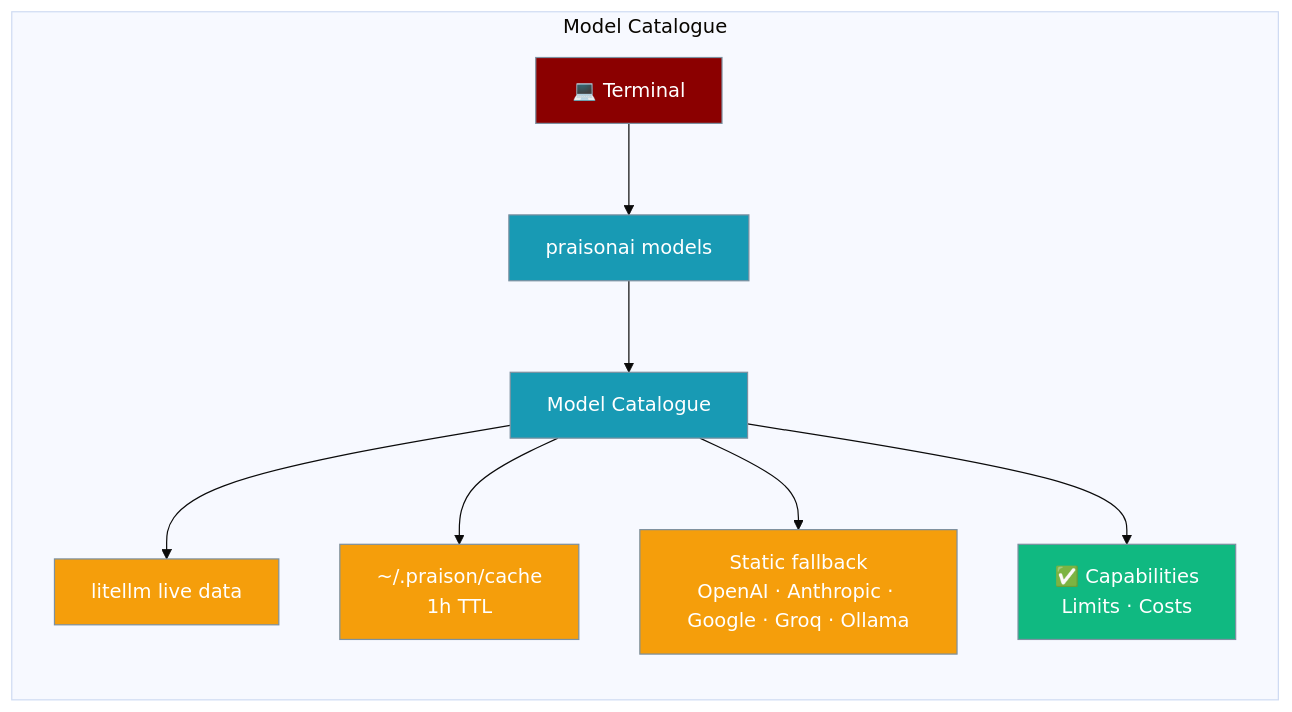
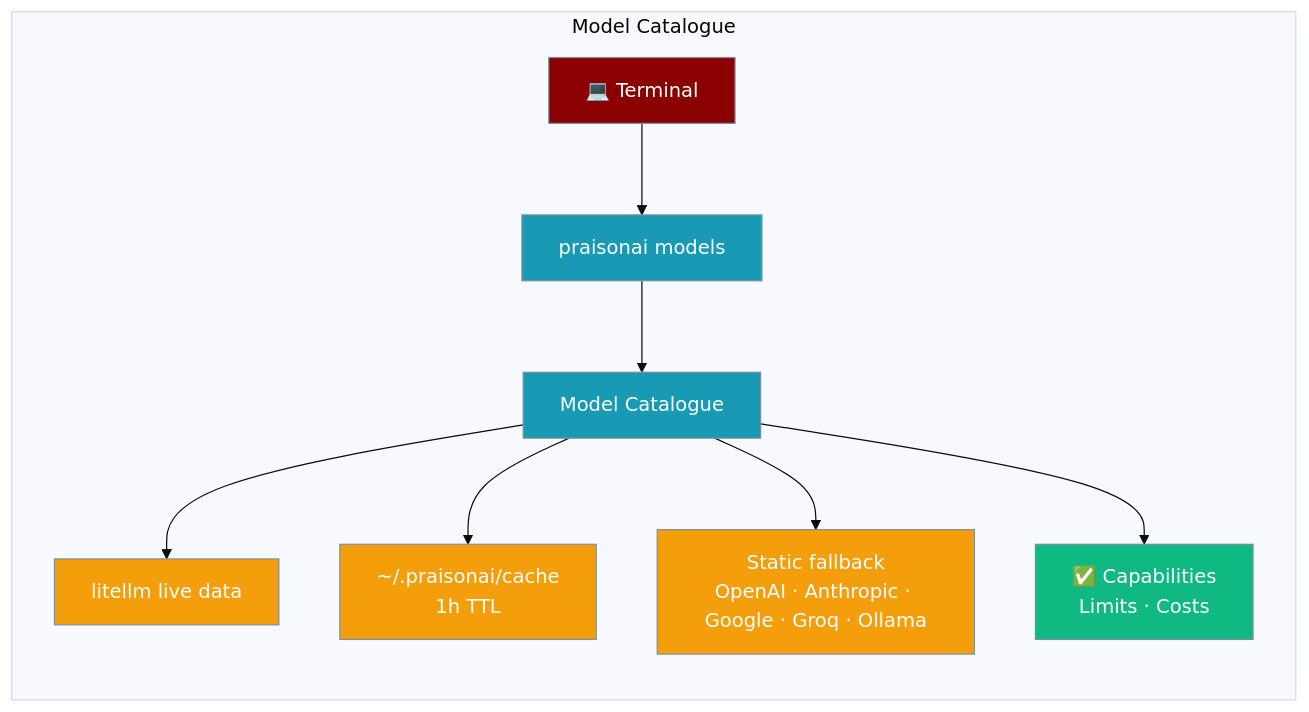
One commit to MervinPraison/PraisonAIDocs changed the first of 3 diagrams in docs/features/models-cli.mdx. Above: the diagram before and after it, drawn with Mermaid (base theme). The commit also changed other lines of this file and 11 other files, not shown here.

````diff
--- a/docs/features/models-cli.mdx
+++ b/docs/features/models-cli.mdx
@@ -19,21 +19,21 @@
 ```mermaid
 graph LR
     subgraph "Model Catalogue"
         Terminal[💻 Terminal] --> CLI[praisonai models]
         CLI --> Cat[Model Catalogue]
         Cat --> LiteLLM[litellm live data]
-        Cat --> Cache[~/.praison/cache\n1h TTL]
+        Cat --> Cache[~/.praisonai/cache\n1h TTL]
         Cat --> Fallback[Static fallback\nOpenAI · Anthropic · Google · Groq · Ollama]
         Cat --> Out[✅ Capabilities\nLimits · Costs]
     end
 
     classDef input fill:#8B0000,stroke:#7C90A0,color:#fff
     classDef process fill:#189AB4,stroke:#7C90A0,color:#fff
     classDef data fill:#F59E0B,stroke:#7C90A0,color:#fff
     classDef output fill:#10B981,stroke:#7C90A0,color:#fff
 
     class Terminal input
     class CLI,Cat process
     class LiteLLM,Cache,Fallback data
     class Out output
 ```
````
